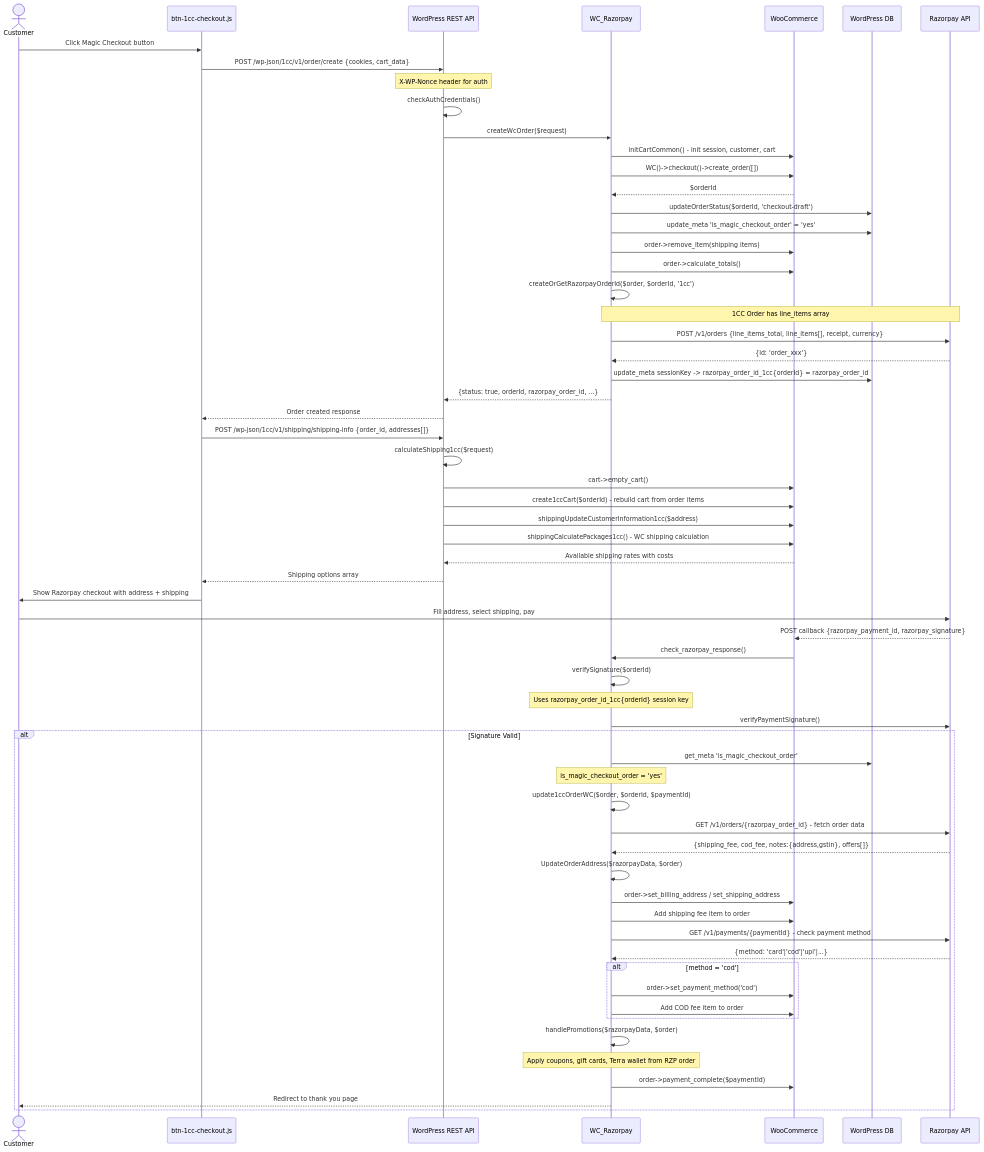
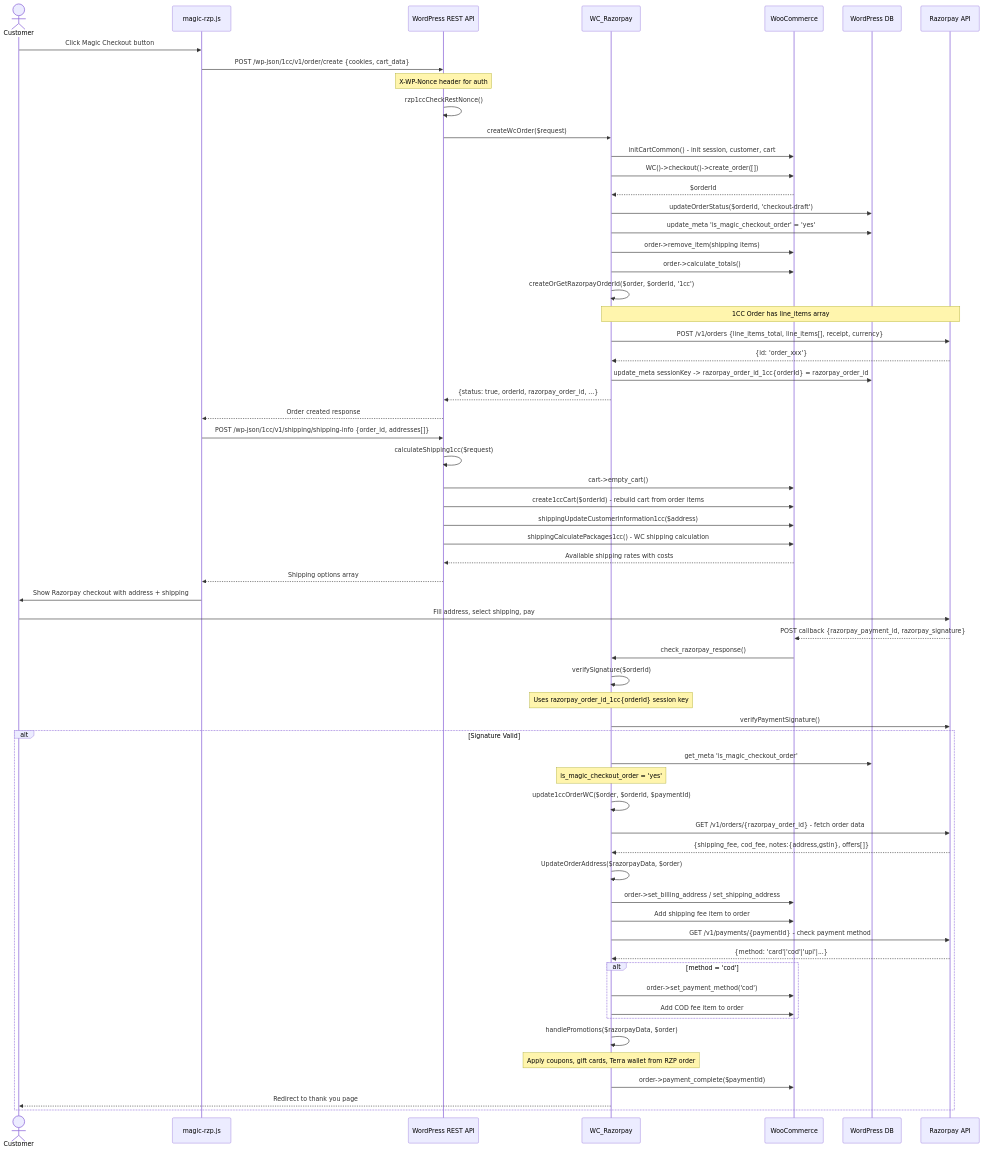
The second of 7 diagrams in docs/architecture/LLD.md (razorpay/razorpay-woocommerce), drawn with Mermaid before and after one commit. The commit also changed 12 other files, not shown here.

````diff
--- a/docs/architecture/LLD.md
+++ b/docs/architecture/LLD.md
@@ -81,73 +81,73 @@
 ```mermaid
 sequenceDiagram
     actor Customer
-    participant BTN as btn-1cc-checkout.js
+    participant BTN as magic-rzp.js
     participant WP as WordPress REST API
     participant RZP as WC_Razorpay
     participant WC as WooCommerce
     participant DB as WordPress DB
     participant RZPAPI as Razorpay API
 
     Customer->>BTN: Click Magic Checkout button
     BTN->>WP: POST /wp-json/1cc/v1/order/create {cookies, cart_data}
     Note over WP: X-WP-Nonce header for auth
 
-    WP->>WP: checkAuthCredentials()
+    WP->>WP: rzp1ccCheckRestNonce()
     WP->>RZP: createWcOrder($request)
     RZP->>WC: initCartCommon() - init session, customer, cart
     RZP->>WC: WC()->checkout()->create_order([])
     WC-->>RZP: $orderId
 
     RZP->>DB: updateOrderStatus($orderId, 'checkout-draft')
     RZP->>DB: update_meta 'is_magic_checkout_order' = 'yes'
     RZP->>WC: order->remove_item(shipping items)
     RZP->>WC: order->calculate_totals()
     RZP->>RZP: createOrGetRazorpayOrderId($order, $orderId, '1cc')
 
     Note over RZP,RZPAPI: 1CC Order has line_items array
     RZP->>RZPAPI: POST /v1/orders {line_items_total, line_items[], receipt, currency}
     RZPAPI-->>RZP: {id: 'order_xxx'}
 
     RZP->>DB: update_meta sessionKey -> razorpay_order_id_1cc{orderId} = razorpay_order_id
     RZP-->>WP: {status: true, orderId, razorpay_order_id, ...}
     WP-->>BTN: Order created response
 
     BTN->>WP: POST /wp-json/1cc/v1/shipping/shipping-info {order_id, addresses[]}
     WP->>WP: calculateShipping1cc($request)
     WP->>WC: cart->empty_cart()
     WP->>WC: create1ccCart($orderId) - rebuild cart from order items
     WP->>WC: shippingUpdateCustomerInformation1cc($address)
     WP->>WC: shippingCalculatePackages1cc() - WC shipping calculation
     WC-->>WP: Available shipping rates with costs
     WP-->>BTN: Shipping options array
 
     BTN->>Customer: Show Razorpay checkout with address + shipping
     Customer->>RZPAPI: Fill address, select shipping, pay
 
     RZPAPI-->>WC: POST callback {razorpay_payment_id, razorpay_signature}
     WC->>RZP: check_razorpay_response()
     RZP->>RZP: verifySignature($orderId)
     Note over RZP: Uses razorpay_order_id_1cc{orderId} session key
     RZP->>RZPAPI: verifyPaymentSignature()
 
     alt Signature Valid
         RZP->>DB: get_meta 'is_magic_checkout_order'
         Note over RZP: is_magic_checkout_order = 'yes'
         RZP->>RZP: update1ccOrderWC($order, $orderId, $paymentId)
         RZP->>RZPAPI: GET /v1/orders/{razorpay_order_id} - fetch order data
         RZPAPI-->>RZP: {shipping_fee, cod_fee, notes:{address,gstin}, offers[]}
         RZP->>RZP: UpdateOrderAddress($razorpayData, $order)
         RZP->>WC: order->set_billing_address / set_shipping_address
         RZP->>WC: Add shipping fee item to order
         RZP->>RZPAPI: GET /v1/payments/{paymentId} - check payment method
         RZPAPI-->>RZP: {method: 'card'|'cod'|'upi'|...}
         alt method = 'cod'
             RZP->>WC: order->set_payment_method('cod')
             RZP->>WC: Add COD fee item to order
         end
         RZP->>RZP: handlePromotions($razorpayData, $order)
         Note over RZP: Apply coupons, gift cards, Terra wallet from RZP order
         RZP->>WC: order->payment_complete($paymentId)
         RZP-->>Customer: Redirect to thank you page
     end
 ```
````
